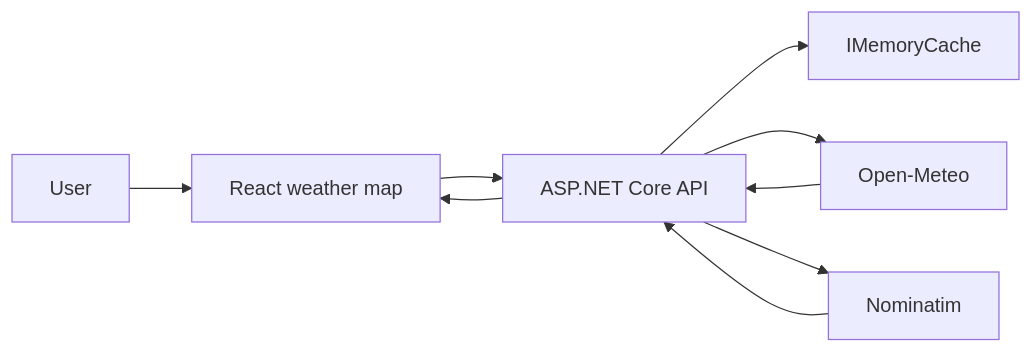
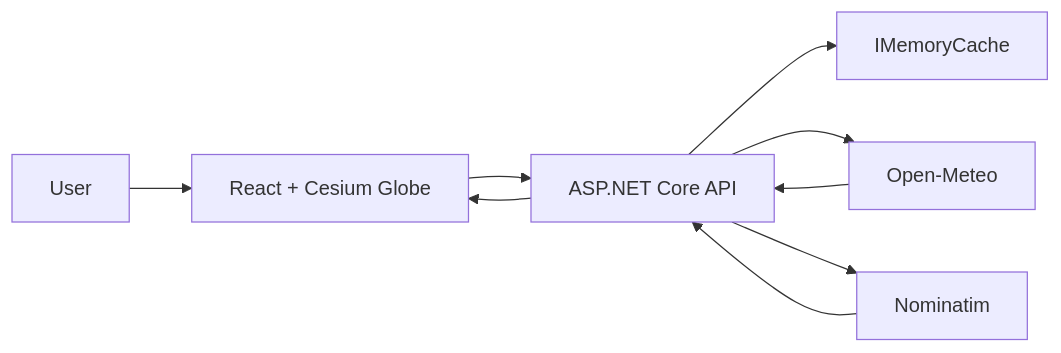
The diagram in README.md (radhofan/hibana), drawn with Mermaid before and after one commit. The commit also changed other lines of this file and 3 other files, not shown here.

````diff
--- a/README.md
+++ b/README.md
@@ -13,11 +37,11 @@
 ```mermaid
 flowchart LR
-    User[User] --> Globe[React weather map]
+    User[User] --> Globe[React + Cesium Globe]
     Globe --> API[ASP.NET Core API]
     API --> Memory[IMemoryCache]
     API --> Weather[Open-Meteo]
     API --> Geo[Nominatim]
     Weather --> API
     Geo --> API
     API --> Globe
 ```
````
